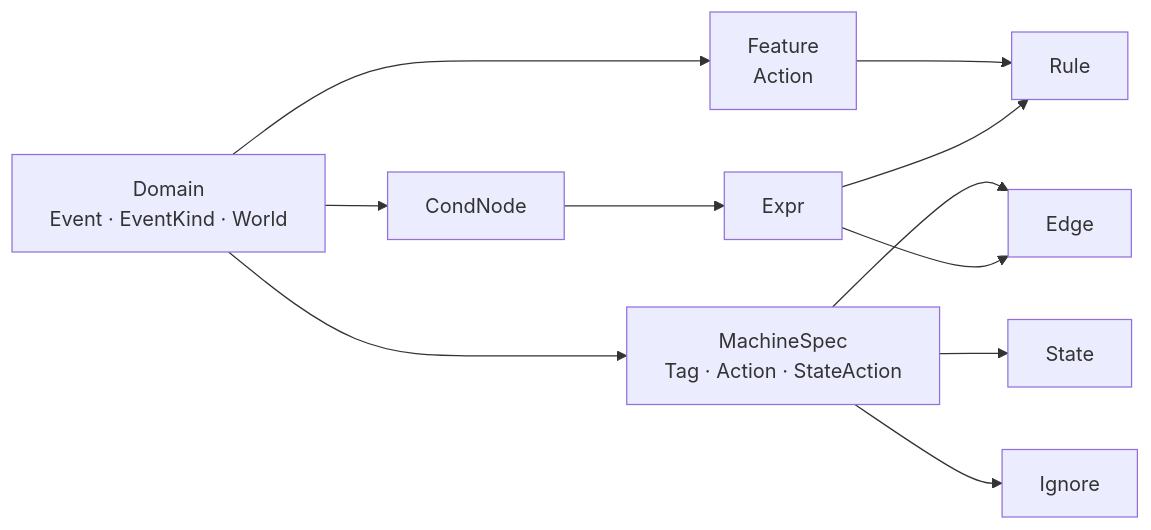
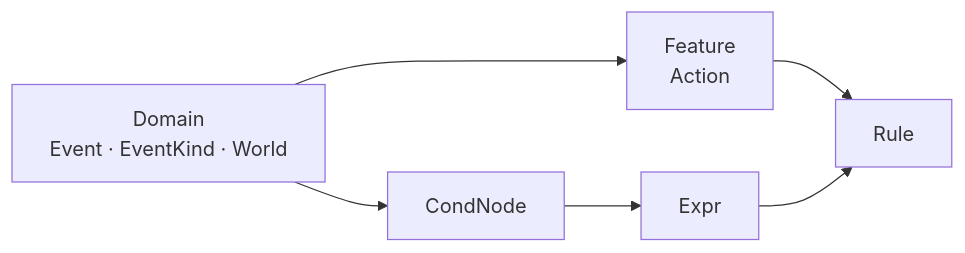
One commit to 4artit/declared changed the second of 2 diagrams in docs/1-structure.md. Above: the diagram before and after it, drawn with Mermaid. The commit also changed other lines of this file and 23 other files, not shown here.

````diff
--- a/docs/1-structure.md
+++ b/docs/1-structure.md
@@ -69,17 +60,11 @@
 ```mermaid
 flowchart LR
     Dom["Domain<br/>Event · EventKind · World"]
 
     Dom --> Feat["Feature<br/>Action"]
-    Dom --> Spec["MachineSpec<br/>Tag · Action · StateAction"]
     Dom --> Node["CondNode"]
 
     Feat --> Rule["Rule"]
-    Spec --> Edge["Edge"]
-    Spec --> St["State"]
-    Spec --> Ig["Ignore"]
-
     Node --> Expr["Expr"]
     Expr --> Rule
-    Expr --> Edge
 ```
````
